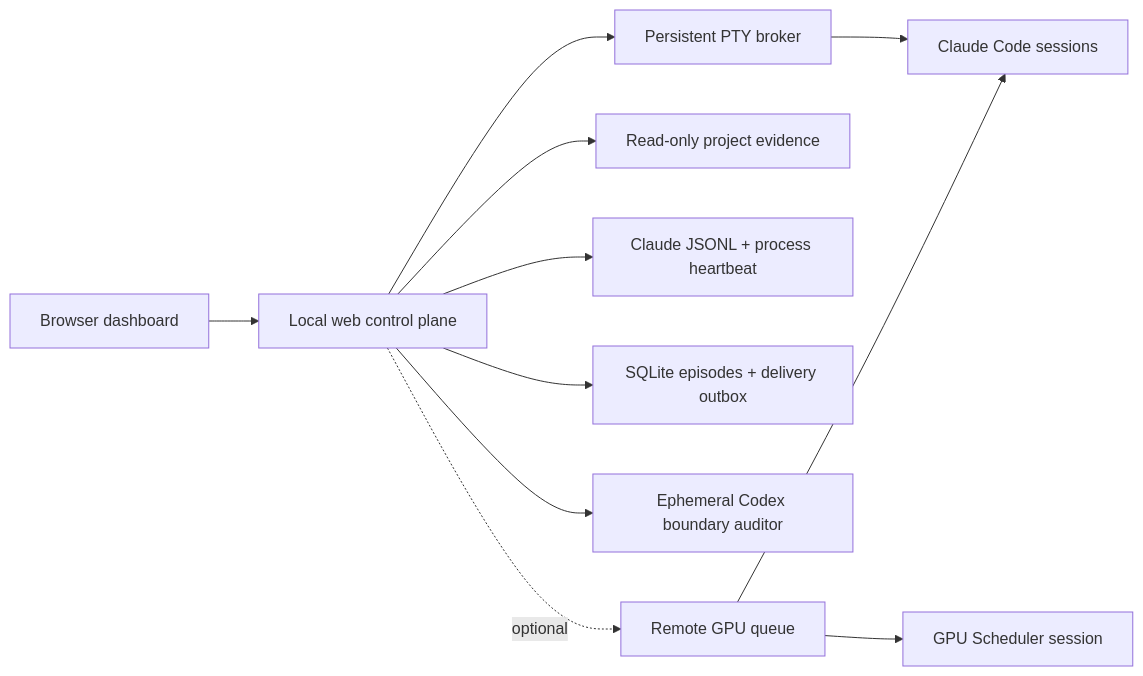
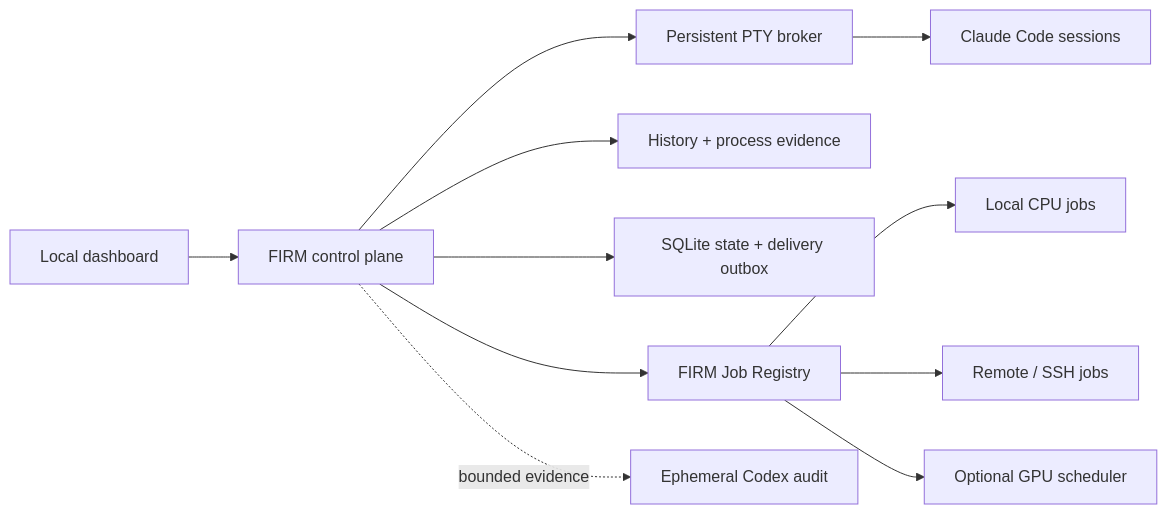
Before and after one commit to Zarien-Li/firm-control-room: the diagram in README.md, drawn with Mermaid. The commit also changed other lines of this file and 1 other file, not shown here.

Commit message:
Reframe README around reliable research control

````diff
--- a/README.md
+++ b/README.md
@@ -105,13 +104,13 @@
 ```mermaid
 flowchart LR
-    UI["Browser dashboard"] --> WEB["Local web control plane"]
+    UI["Local dashboard"] --> WEB["FIRM control plane"]
     WEB --> BROKER["Persistent PTY broker"]
     BROKER --> CLAUDE["Claude Code sessions"]
-    WEB --> EVIDENCE["Read-only project evidence"]
-    WEB --> HISTORY["Claude JSONL + process heartbeat"]
-    WEB --> LEDGER["SQLite episodes + delivery outbox"]
-    WEB --> CODEX["Ephemeral Codex boundary auditor"]
-    WEB -. optional .-> QUEUE["Remote GPU queue"]
-    QUEUE --> SCHEDULER["GPU Scheduler session"]
-    QUEUE --> CLAUDE
+    WEB --> HISTORY["History + process evidence"]
+    WEB --> STORE["SQLite state + delivery outbox"]
+    WEB --> JOBS["FIRM Job Registry"]
+    JOBS --> LOCAL["Local CPU jobs"]
+    JOBS --> SSH["Remote / SSH jobs"]
+    JOBS --> GPU["Optional GPU scheduler"]
+    WEB -. bounded evidence .-> CODEX["Ephemeral Codex audit"]
 ```
````
